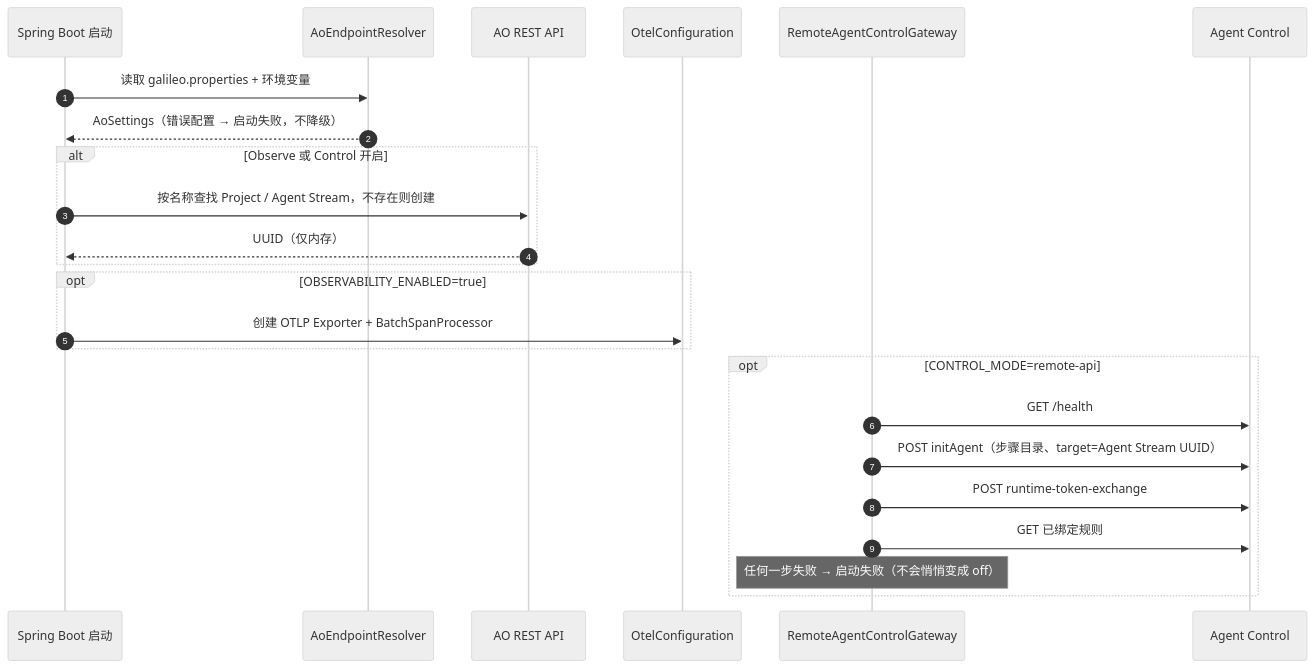
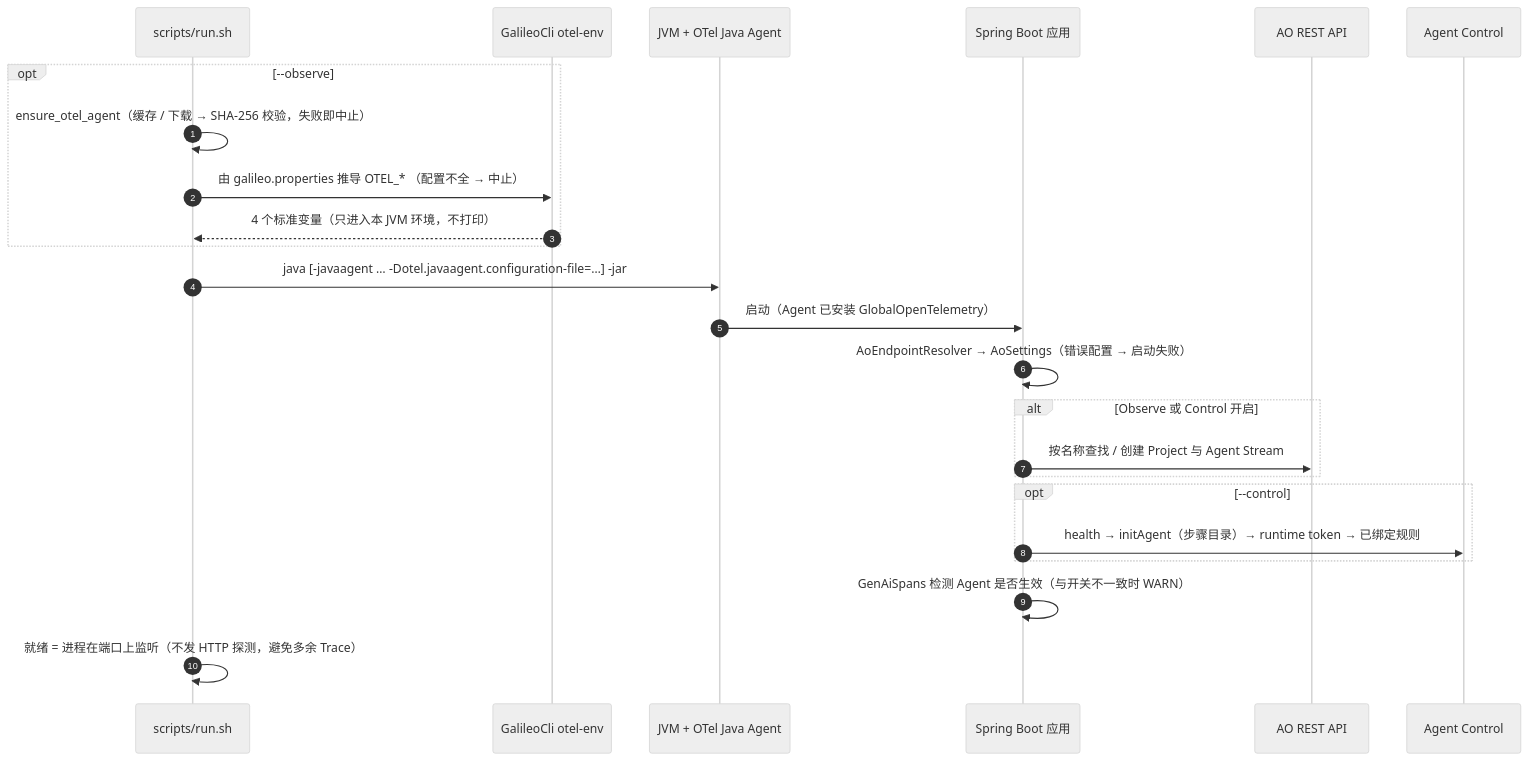
One commit to highopes/bank-agent-java changed the second of 3 diagrams in docs/galileo/ARCHITECTURE.md. Above: the diagram before and after it, drawn with Mermaid (neutral theme). The commit also changed other lines of this file and 61 other files, not shown here.

````diff
--- a/docs/galileo/ARCHITECTURE.md
+++ b/docs/galileo/ARCHITECTURE.md
@@ -76,26 +89,26 @@
 ```mermaid
 sequenceDiagram
     autonumber
-    participant App as Spring Boot 启动
-    participant Res as AoEndpointResolver
+    participant SH as scripts/run.sh
+    participant CLI as GalileoCli otel-env
+    participant JVM as JVM + OTel Java Agent
+    participant App as Spring Boot 应用
     participant API as AO REST API
-    participant OT as OtelConfiguration
-    participant GW as RemoteAgentControlGateway
     participant AC as Agent Control
-    App->>Res: 读取 galileo.properties + 环境变量
-    Res-->>App: AoSettings（错误配置 → 启动失败，不降级）
+    opt --observe
+        SH->>SH: ensure_otel_agent（缓存 / 下载 → SHA-256 校验，失败即中止）
+        SH->>CLI: 由 galileo.properties 推导 OTEL_* （配置不全 → 中止）
+        CLI-->>SH: 4 个标准变量（只进入本 JVM 环境，不打印）
+    end
+    SH->>JVM: java [-javaagent … -Dotel.javaagent.configuration-file=…] -jar
+    JVM->>App: 启动（Agent 已安装 GlobalOpenTelemetry）
+    App->>App: AoEndpointResolver → AoSettings（错误配置 → 启动失败）
     alt Observe 或 Control 开启
-        App->>API: 按名称查找 Project / Agent Stream，不存在则创建
-        API-->>App: UUID（仅内存）
+        App->>API: 按名称查找 / 创建 Project 与 Agent Stream
     end
-    opt OBSERVABILITY_ENABLED=true
-        App->>OT: 创建 OTLP Exporter + BatchSpanProcessor
+    opt --control
+        App->>AC: health → initAgent（步骤目录）→ runtime token → 已绑定规则
     end
-    opt CONTROL_MODE=remote-api
-        GW->>AC: GET /health
-        GW->>AC: POST initAgent（步骤目录、target=Agent Stream UUID）
-        GW->>AC: POST runtime-token-exchange
-        GW->>AC: GET 已绑定规则
-        Note over GW: 任何一步失败 → 启动失败（不会悄悄变成 off）
-    end
+    App->>App: GenAiSpans 检测 Agent 是否生效（与开关不一致时 WARN）
+    SH->>SH: 就绪 = 进程在端口上监听（不发 HTTP 探测，避免多余 Trace）
 ```
````
